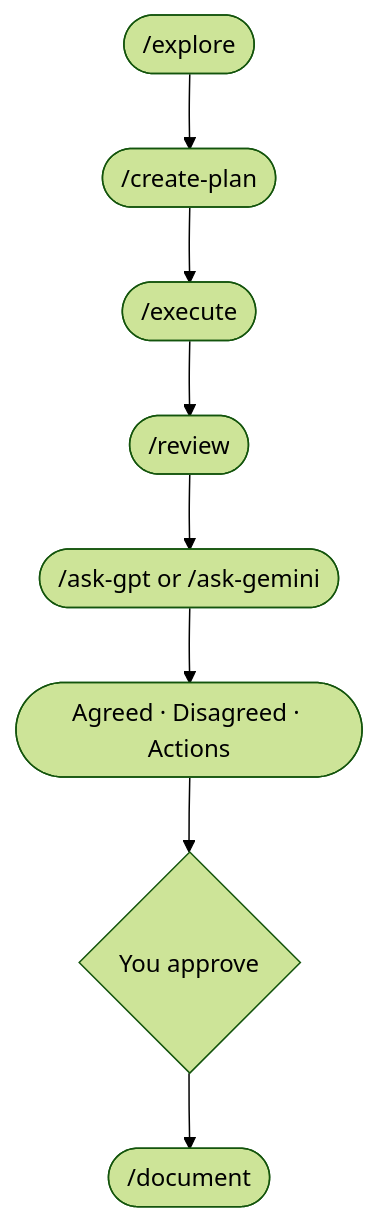
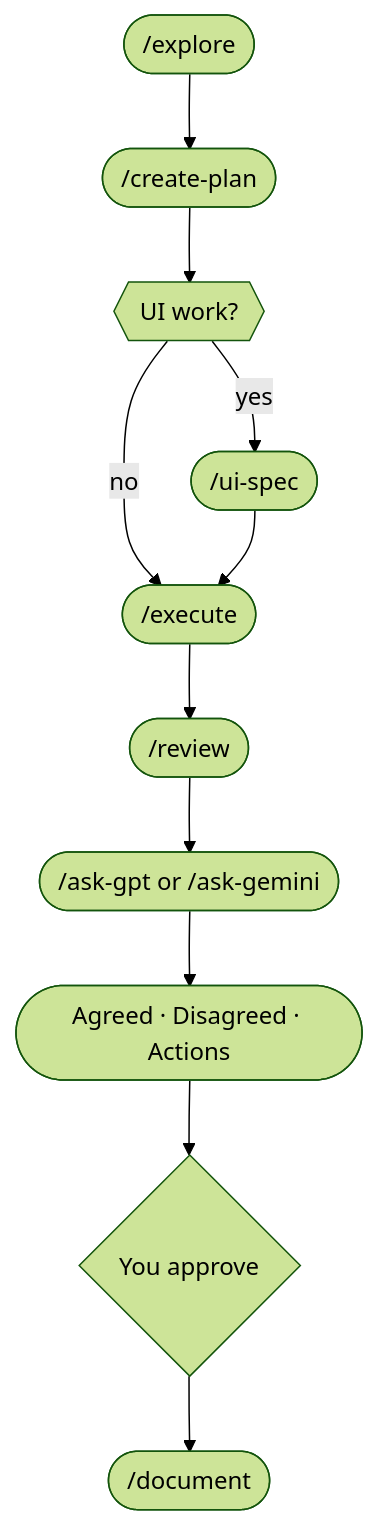
The diagram in README.md (hydraInsurgent/llm-peer-review), drawn with Mermaid (forest theme) before and after one commit. The commit also changed other lines of this file and 5 other files, not shown here.

````diff
--- a/README.md
+++ b/README.md
@@ -13,10 +13,13 @@
 ```mermaid
 flowchart TD
     A(["/explore"]) --> B(["/create-plan"])
-    B --> C(["/execute"])
+    B --> B2{{"UI work?"}}
+    B2 -->|yes| B3(["/ui-spec"])
+    B2 -->|no| C
+    B3 --> C(["/execute"])
     C --> D(["/review"])
     D --> E(["/ask-gpt or /ask-gemini"])
     E --> F(["Agreed · Disagreed · Actions"])
     F --> G{"You approve"}
     G --> H(["/document"])
 ```
````
